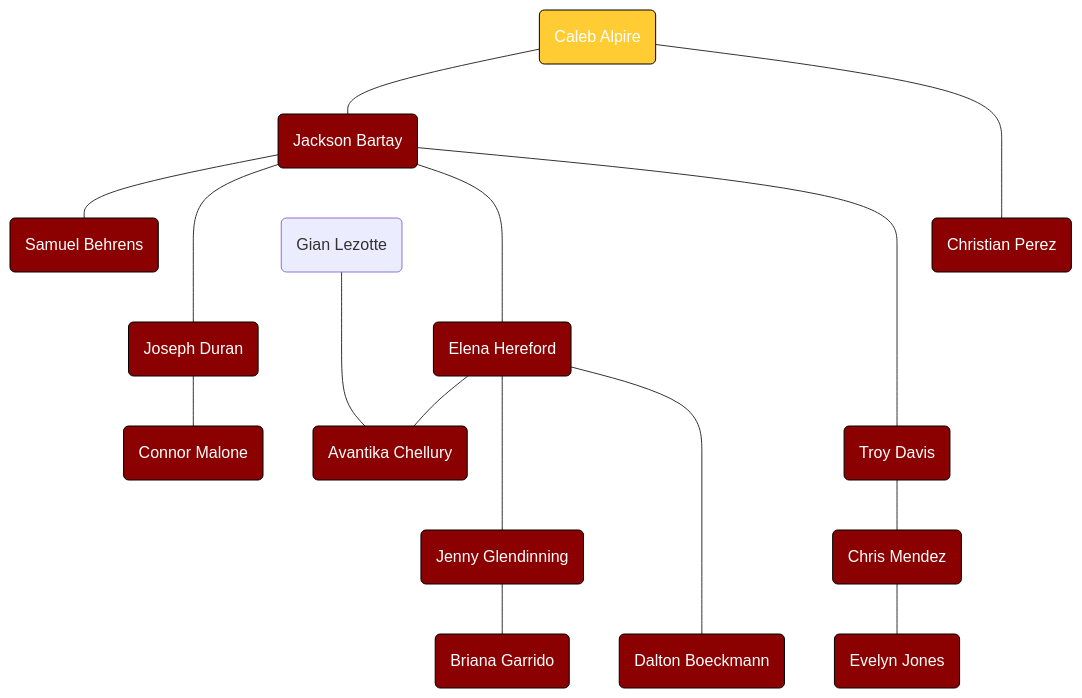
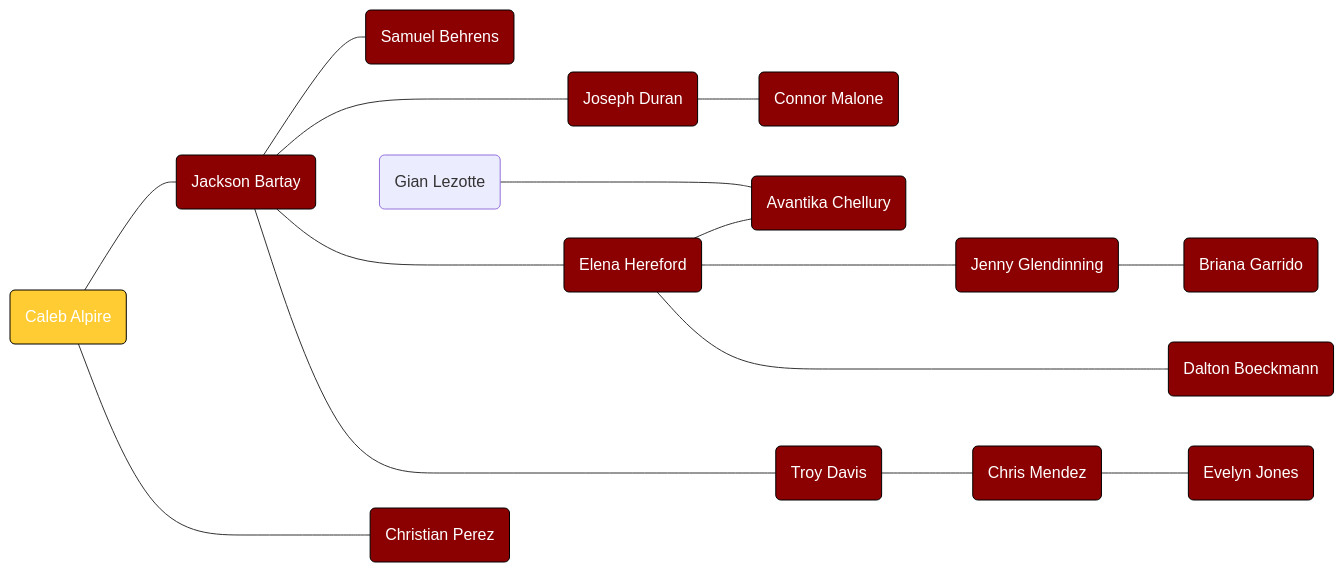
The diagram in Caleb_Alpire.md (gianlezotte/thetatautest), drawn with Mermaid before and after one commit.

````diff
--- a/Caleb_Alpire.md
+++ b/Caleb_Alpire.md
@@ -1,38 +1,38 @@
 ```mermaid
-flowchart TD
+flowchart LR
 
 %% Colors %%
 classDef red fill:#8B0000,stroke:#000,color:#FFF
 classDef gold fill:#FFCC33,stroke:#000,color:#FFF
 
 %% Caleb's Line %%
 M208("Caleb Alpire"):::gold
 M208---M235
 M208----M254
 M254("Christian Perez"):::red
 M235("Jackson Bartay"):::red
 M235---M257
 M235----M260 & M263
 M235-----M294
 M257("Samuel Behrens"):::red
 M260("Joseph Duran"):::red
 M260---M289
 M263("Elena Hereford"):::red
 M263---M280
 M263----M302
 M280("Avantika Chellury"):::red
 M289("Connor Malone"):::red
 M294("Troy Davis"):::red
 M294---M315
 M302("Jenny Glendinning"):::red
 M315("Chris Mendez"):::red
 M320("Briana Garrido"):::red
 M334("Dalton Boeckmann"):::red
 M327("Evelyn Jones"):::red
 M302---M320
 M263-----M334
 M315---M327
 
 %% Co-Relationships & Current Pledges %%
 M251("Gian Lezotte")----M280
 ```
````
